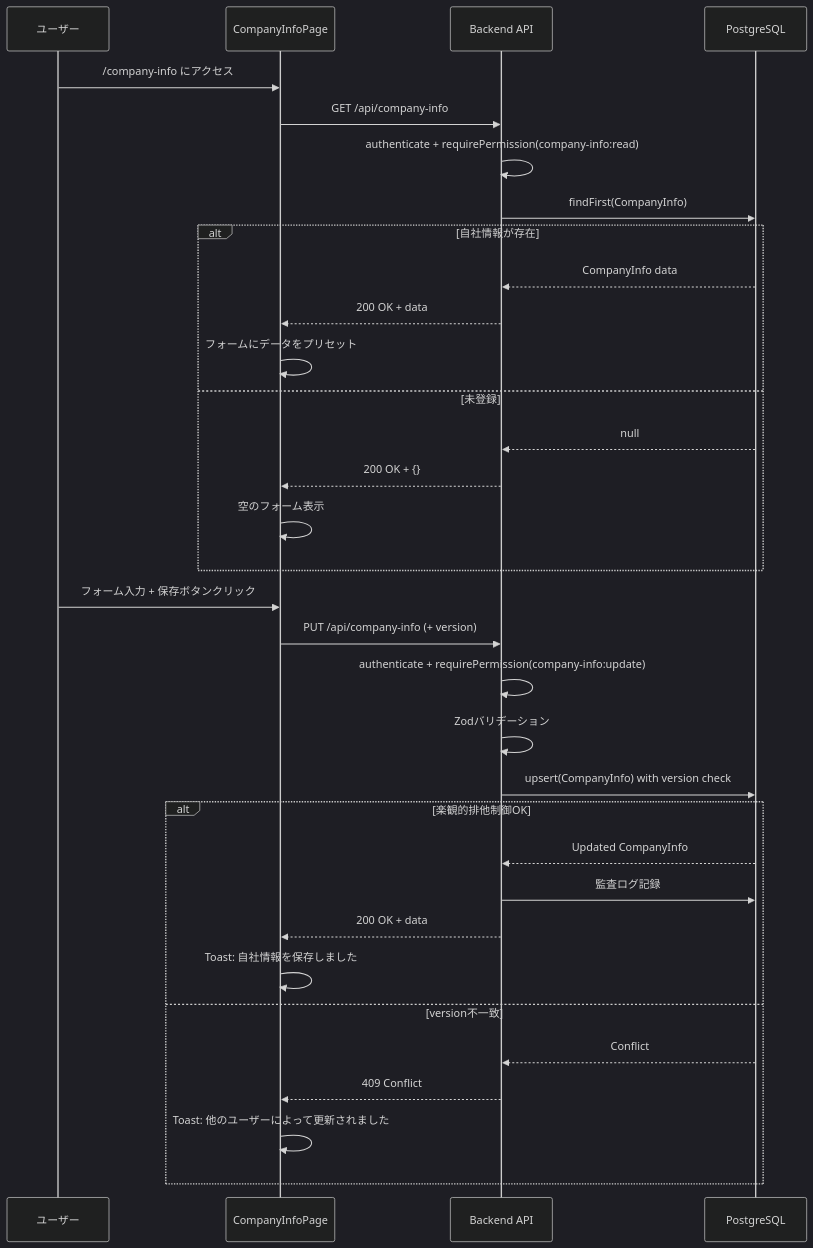
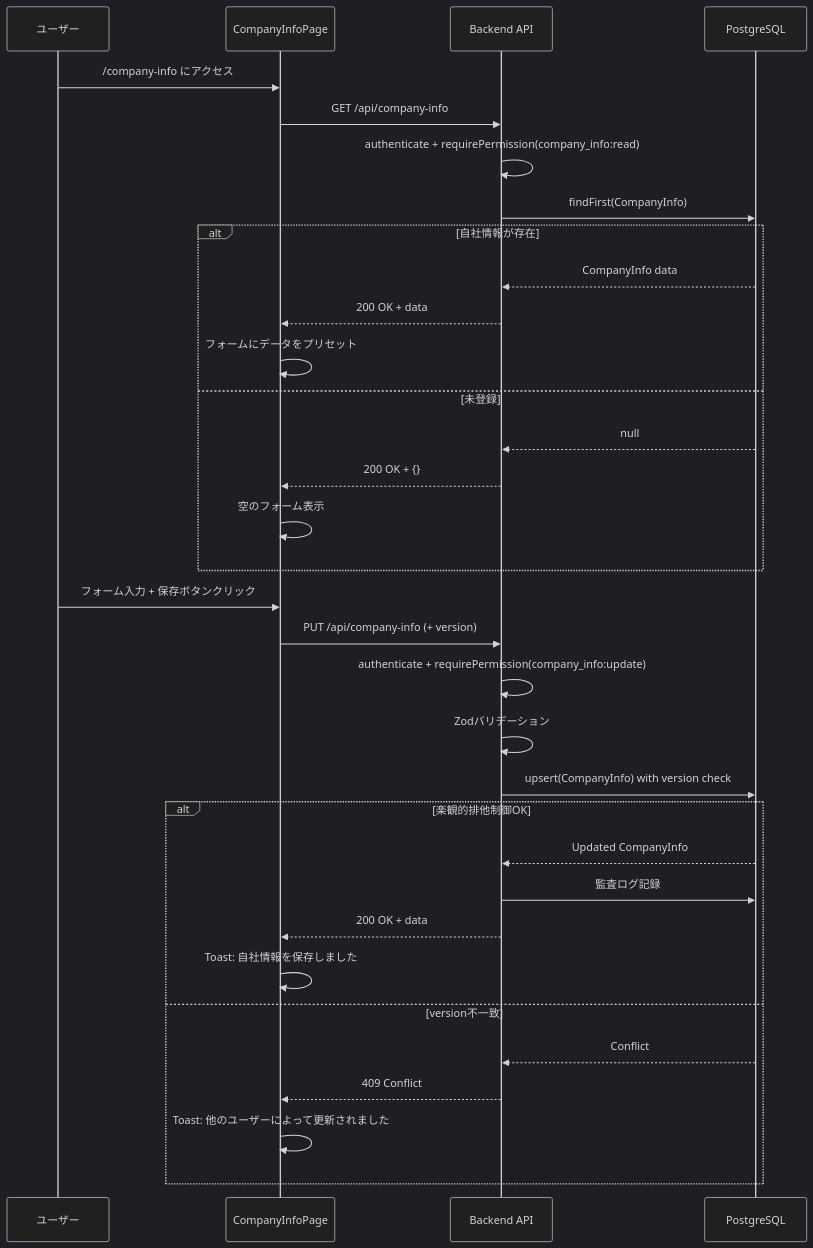
One commit to inakanou/ArchiTrack changed the second of 3 diagrams in .kiro/specs/company-info/design.md. Above: the diagram before and after it, drawn with Mermaid (dark theme). The commit also changed other lines of this file and 1 other file, not shown here.

First line of the commit message:
fix(spec): normalize permission names to underscore format

````diff
--- a/.kiro/specs/company-info/design.md
+++ b/.kiro/specs/company-info/design.md
@@ -93,37 +93,37 @@
 ```mermaid
 sequenceDiagram
     participant User as ユーザー
     participant UI as CompanyInfoPage
     participant API as Backend API
     participant DB as PostgreSQL
 
     User->>UI: /company-info にアクセス
     UI->>API: GET /api/company-info
-    API->>API: authenticate + requirePermission(company-info:read)
+    API->>API: authenticate + requirePermission(company_info:read)
     API->>DB: findFirst(CompanyInfo)
     alt 自社情報が存在
         DB-->>API: CompanyInfo data
         API-->>UI: 200 OK + data
         UI->>UI: フォームにデータをプリセット
     else 未登録
         DB-->>API: null
         API-->>UI: 200 OK + {}
         UI->>UI: 空のフォーム表示
     end
 
     User->>UI: フォーム入力 + 保存ボタンクリック
     UI->>API: PUT /api/company-info (+ version)
-    API->>API: authenticate + requirePermission(company-info:update)
+    API->>API: authenticate + requirePermission(company_info:update)
     API->>API: Zodバリデーション
     API->>DB: upsert(CompanyInfo) with version check
     alt 楽観的排他制御OK
         DB-->>API: Updated CompanyInfo
         API->>DB: 監査ログ記録
         API-->>UI: 200 OK + data
         UI->>UI: Toast: 自社情報を保存しました
     else version不一致
         DB-->>API: Conflict
         API-->>UI: 409 Conflict
         UI->>UI: Toast: 他のユーザーによって更新されました
     end
 ```
````
